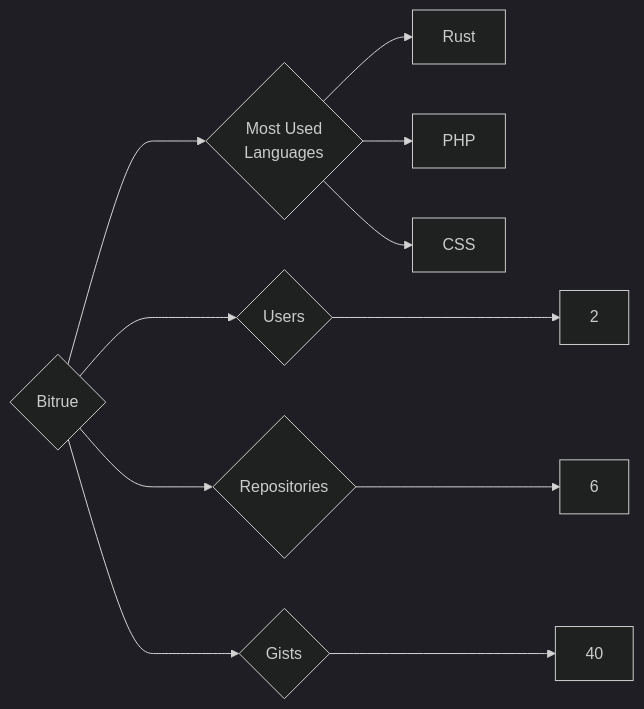
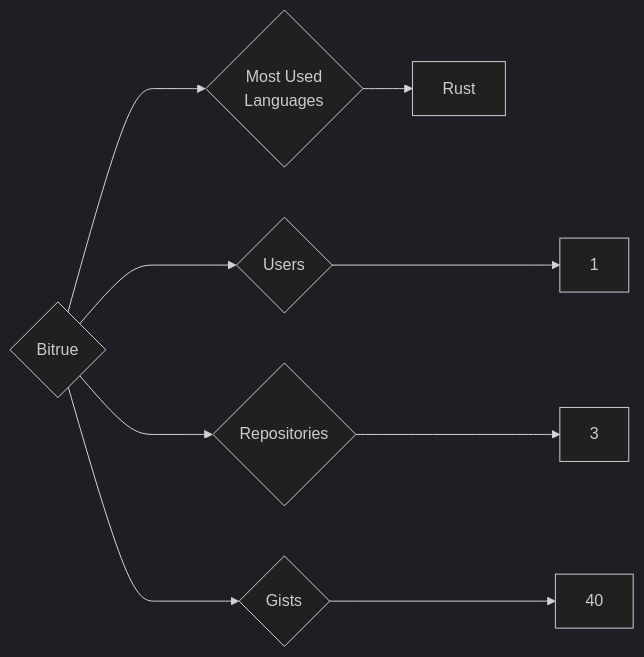
The diagram in targets/Bitrue/README.md (trickest/insiders), drawn with Mermaid (dark theme) before and after one commit. The commit also changed 1036 other files, not shown here.

````diff
--- a/targets/Bitrue/README.md
+++ b/targets/Bitrue/README.md
@@ -3,11 +3,9 @@
 ```mermaid
 graph LR
 COMPANY_NAME{Bitrue}
-COMPANY_NAME ---> U{Users} ---> UN[2]
-COMPANY_NAME ---> R{Repositories} ---> RN[6]
+COMPANY_NAME ---> U{Users} ---> UN[1]
+COMPANY_NAME ---> R{Repositories} ---> RN[3]
 COMPANY_NAME ---> G{Gists} ---> GN[40]
 COMPANY_NAME ---> ML{Most Used<br>Languages}
 ML --> Rust[Rust]
-ML --> PHP[PHP]
-ML --> CSS[CSS]
 ```
````
